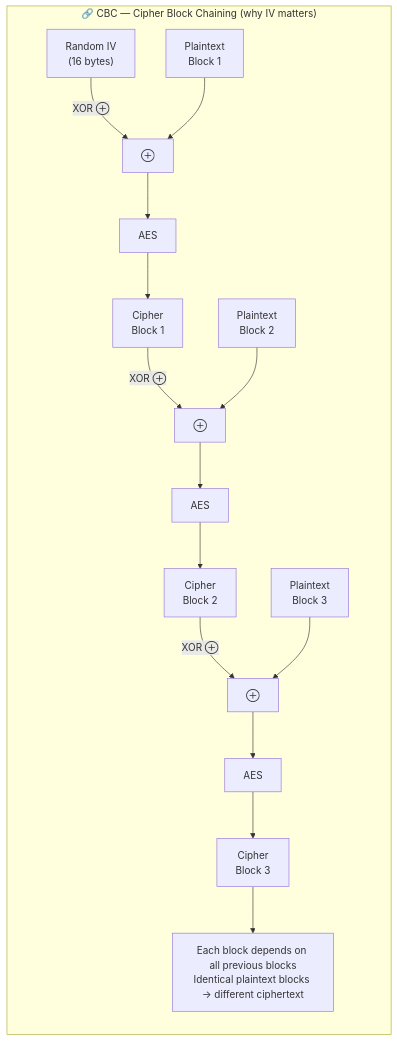
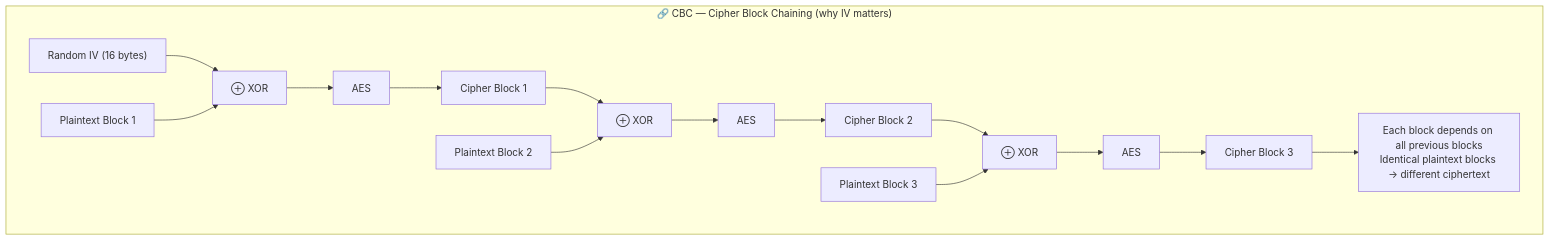
One commit to csoares/SecurityJava changed the second of 2 diagrams in src/main/java/security/encryption/symmetric/README.md. Above: the diagram before and after it, drawn with Mermaid. The commit also changed other lines of this file and 8 other files, not shown here.

Commit message:
Enhance README with additional flowchart connections and clarifications for cryptographic concepts

````diff
--- a/src/main/java/security/encryption/symmetric/README.md
+++ b/src/main/java/security/encryption/symmetric/README.md
@@ -38,12 +38,12 @@
 ```mermaid
-flowchart LR
+flowchart TD
     subgraph CBCChain ["🔗 CBC — Cipher Block Chaining (why IV matters)"]
-        IV["Random IV<br/>(16 bytes)"] -->|"XOR ⊕"| XOR1["⊕"]
-        P1["Plaintext<br/>Block 1"] --> XOR1 --> AES1["AES"] --> C1["Cipher<br/>Block 1"]
-        C1 -->|"XOR ⊕"| XOR2["⊕"]
-        P2["Plaintext<br/>Block 2"] --> XOR2 --> AES2["AES"] --> C2["Cipher<br/>Block 2"]
-        C2 -->|"XOR ⊕"| XOR3["⊕"]
-        P3["Plaintext<br/>Block 3"] --> XOR3 --> AES3["AES"] --> C3["Cipher<br/>Block 3"]
+        IV["Random IV (16 bytes)"] --> XOR1["⊕ XOR"]
+        P1["Plaintext Block 1"] --> XOR1 --> AES1["AES"] --> C1["Cipher Block 1"]
+        C1 --> XOR2["⊕ XOR"]
+        P2["Plaintext Block 2"] --> XOR2 --> AES2["AES"] --> C2["Cipher Block 2"]
+        C2 --> XOR3["⊕ XOR"]
+        P3["Plaintext Block 3"] --> XOR3 --> AES3["AES"] --> C3["Cipher Block 3"]
         C3 --> NOTE["Each block depends on all previous blocks<br/>Identical plaintext blocks → different ciphertext"]
     end
 ```
````
